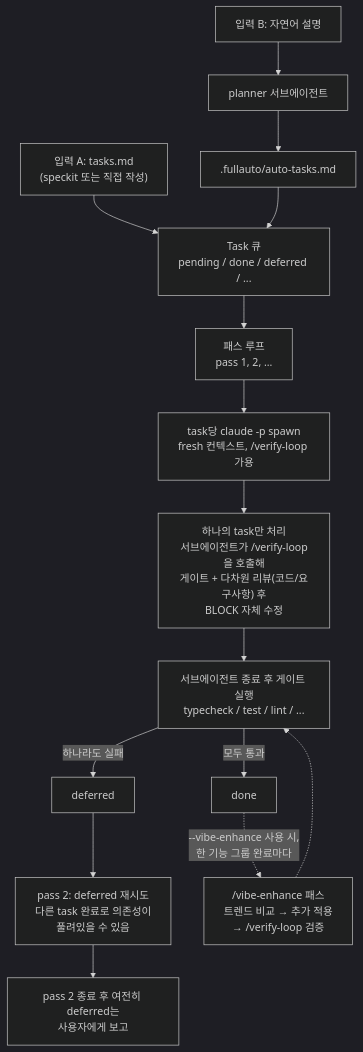
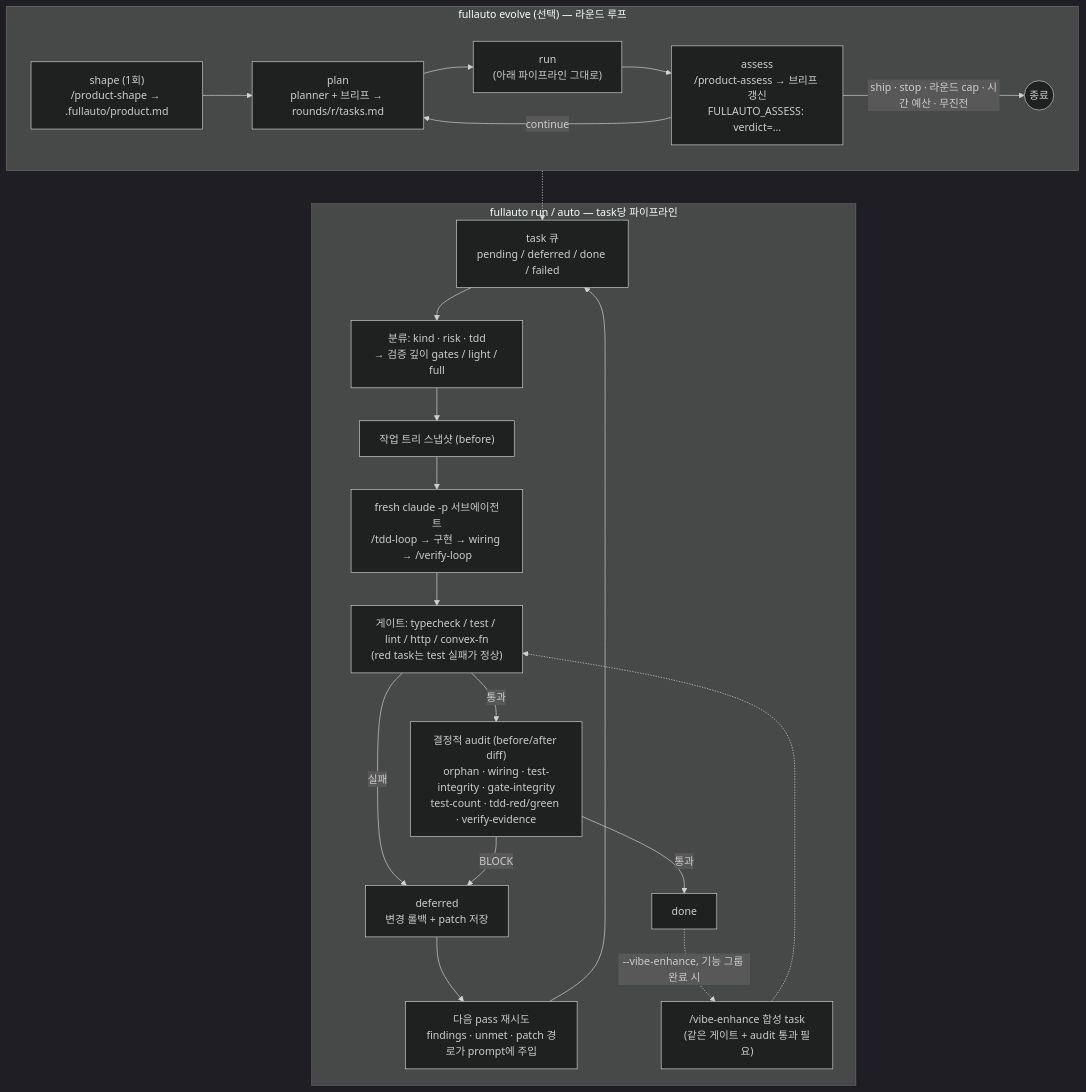
The diagram in README.md (mincheolchae/fullauto-cc), drawn with Mermaid (dark theme) before and after one commit. The commit also changed other lines of this file and 100 other files, not shown here.

First line of the commit message:
feat: deterministic audit, TDD red/green, and concept-to-product evolve loop

````diff
--- a/README.md
+++ b/README.md
@@ -21,17 +52,26 @@
 ```mermaid
 flowchart TD
-    A["입력 A: tasks.md<br/>(speckit 또는 직접 작성)"] --> Q
-    B["입력 B: 자연어 설명"] --> Planner["planner 서브에이전트"]
-    Planner --> AT[".fullauto/auto-tasks.md"]
-    AT --> Q
-    Q["Task 큐<br/>pending / done / deferred / ..."] --> Loop["패스 루프<br/>pass 1, 2, ..."]
-    Loop --> Spawn["task당 claude -p spawn<br/>fresh 컨텍스트, /verify-loop 가용"]
-    Spawn --> Sub["하나의 task만 처리<br/>서브에이전트가 /verify-loop을 호출해<br/>게이트 + 다차원 리뷰(코드/요구사항) 후<br/>BLOCK 자체 수정"]
-    Sub --> Gates["서브에이전트 종료 후 게이트 실행<br/>typecheck / test / lint / ..."]
-    Gates -->|모두 통과| Done["done"]
-    Gates -->|하나라도 실패| Deferred["deferred"]
-    Deferred --> P2["pass 2: deferred 재시도<br/>다른 task 완료로 의존성이<br/>풀려있을 수 있음"]
-    P2 --> R["pass 2 종료 후 여전히 deferred는<br/>사용자에게 보고"]
-    Done -.->|"--vibe-enhance 사용 시,<br/>한 기능 그룹 완료마다"| Vibe["/vibe-enhance 패스<br/>트렌드 비교 → 추가 적용<br/>→ /verify-loop 검증"]
-    Vibe -.-> Gates
+    subgraph EVOLVE["fullauto evolve (선택) — 라운드 루프"]
+        direction LR
+        Shape["shape (1회)<br/>/product-shape → .fullauto/product.md"] --> Plan["plan<br/>planner + 브리프 → rounds/r/tasks.md"]
+        Plan --> Run["run<br/>(아래 파이프라인 그대로)"]
+        Run --> Assess["assess<br/>/product-assess → 브리프 갱신<br/>FULLAUTO_ASSESS: verdict=…"]
+        Assess -->|continue| Plan
+        Assess -->|ship · stop · 라운드 cap · 시간 예산 · 무진전| Stop((종료))
+    end
+    subgraph RUN["fullauto run / auto — task당 파이프라인"]
+        Q["task 큐<br/>pending / deferred / done / failed"] --> Classify["분류: kind · risk · tdd<br/>→ 검증 깊이 gates / light / full"]
+        Classify --> Snap["작업 트리 스냅샷 (before)"]
+        Snap --> Sub["fresh claude -p 서브에이전트<br/>/tdd-loop → 구현 → wiring → /verify-loop"]
+        Sub --> Gates["게이트: typecheck / test / lint / http / convex-fn<br/>(red task는 test 실패가 정상)"]
+        Gates -->|실패| Defer["deferred<br/>변경 롤백 + patch 저장"]
+        Gates -->|통과| Audit["결정적 audit (before/after diff)<br/>orphan · wiring · test-integrity · gate-integrity<br/>test-count · tdd-red/green · verify-evidence"]
+        Audit -->|BLOCK| Defer
+        Audit -->|통과| Done["done"]
+        Defer --> Next["다음 pass 재시도<br/>findings · unmet · patch 경로가 prompt에 주입"]
+        Next --> Q
+        Done -.->|"--vibe-enhance, 기능 그룹 완료 시"| Enh["/vibe-enhance 합성 task<br/>(같은 게이트 + audit 통과 필요)"]
+        Enh -.-> Gates
+    end
+    Run -.-> Q
 ```
````
